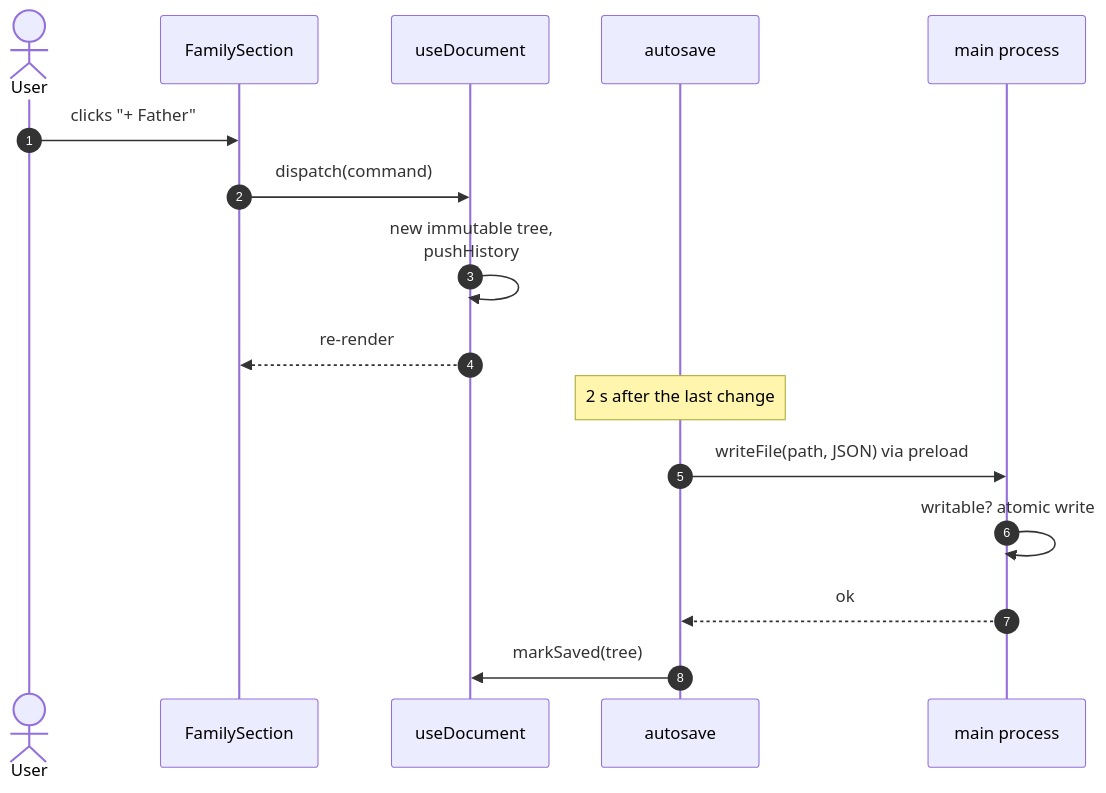
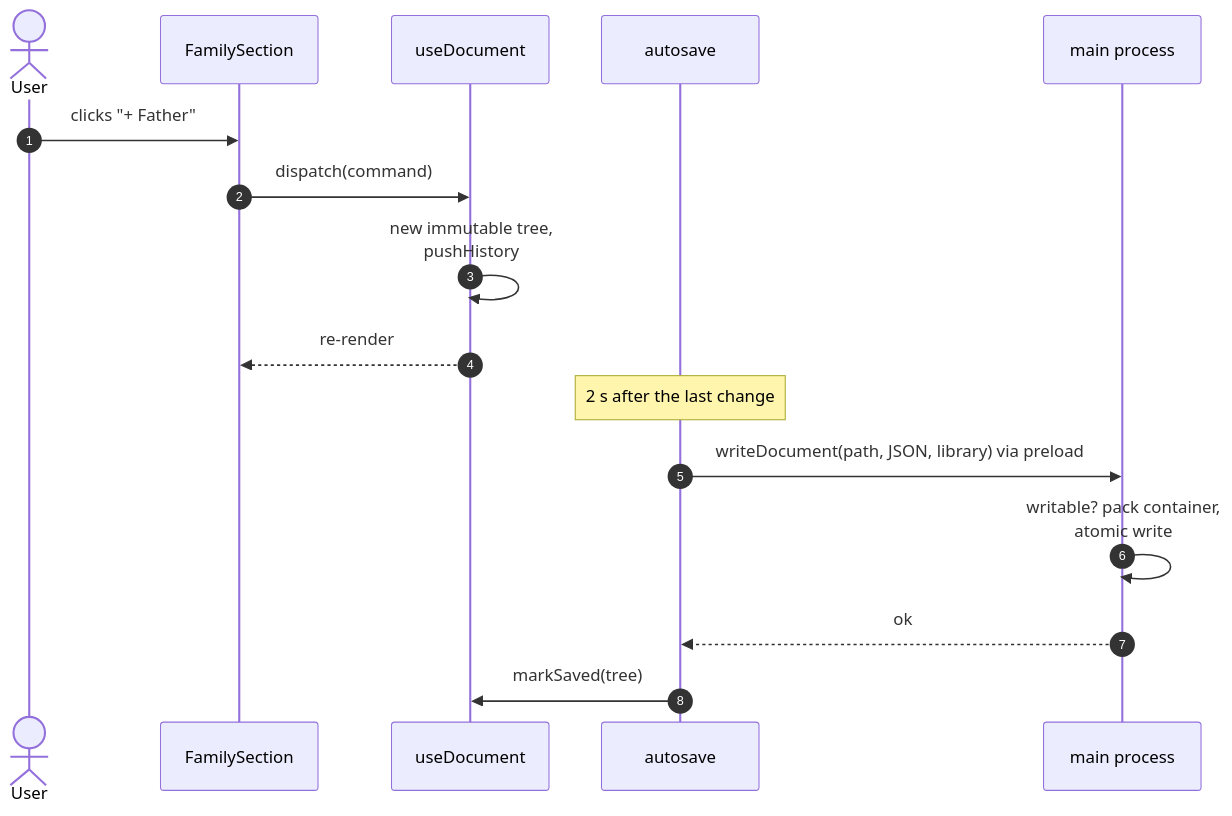
One commit to K-u-r-c/family-insight changed the second of 3 diagrams in docs/developer/architecture.md. Above: the diagram before and after it, drawn with Mermaid. The commit also changed other lines of this file and 56 other files, not shown here.

First line of the commit message:
feat(file): media library in a zip .finsight container (schema 3)

````diff
--- a/docs/developer/architecture.md
+++ b/docs/developer/architecture.md
@@ -75,18 +75,18 @@
 ```mermaid
 sequenceDiagram
   autonumber
   actor U as User
   participant UI as FamilySection
   participant S as useDocument
   participant A as autosave
   participant M as main process
   U->>UI: clicks "+ Father"
   UI->>S: dispatch(command)
   S->>S: new immutable tree,<br/>pushHistory
   S-->>UI: re-render
   Note over A: 2 s after the last change
-  A->>M: writeFile(path, JSON) via preload
-  M->>M: writable? atomic write
+  A->>M: writeDocument(path, JSON, library) via preload
+  M->>M: writable? pack container,<br/>atomic write
   M-->>A: ok
   A->>S: markSaved(tree)
 ```
````
